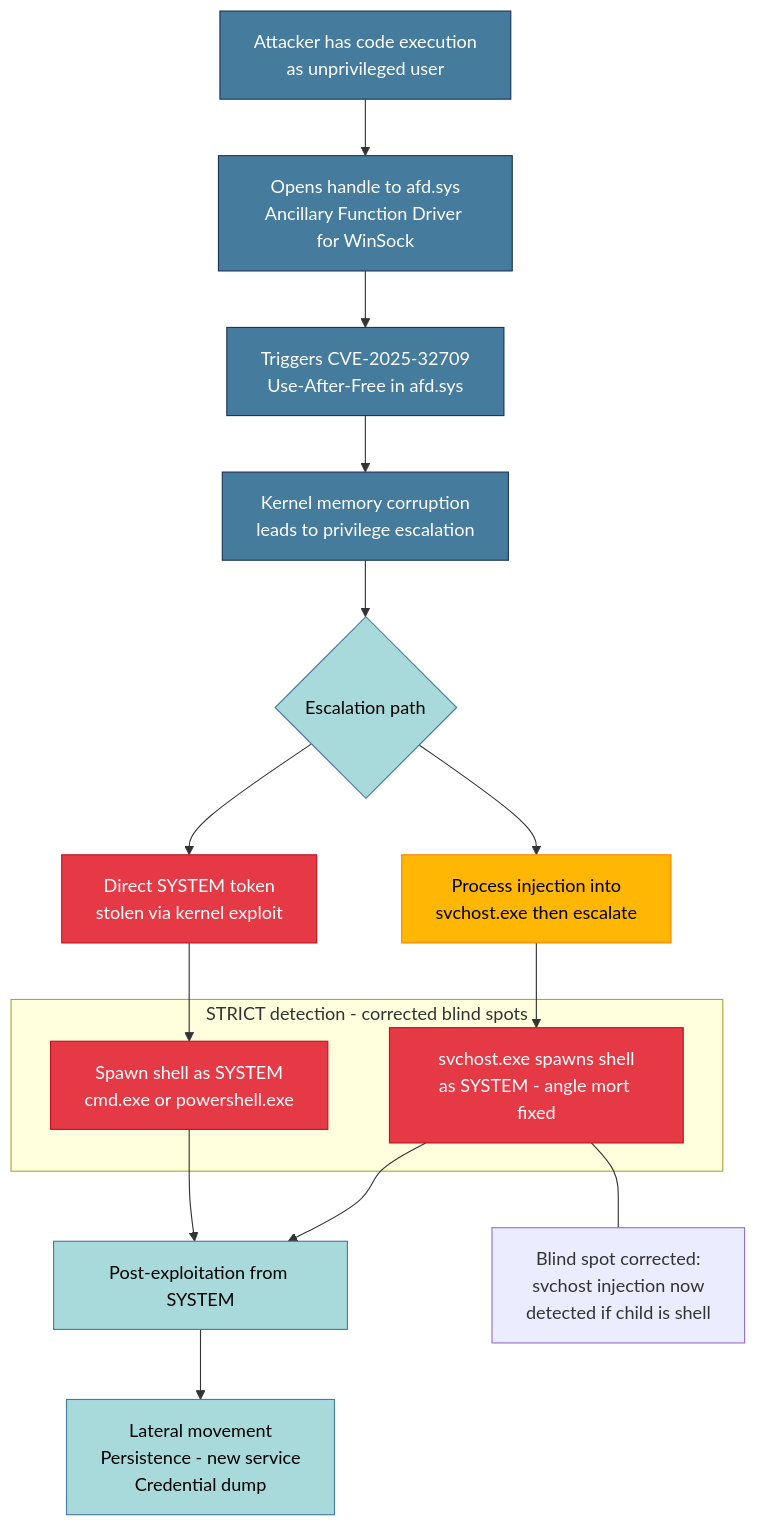
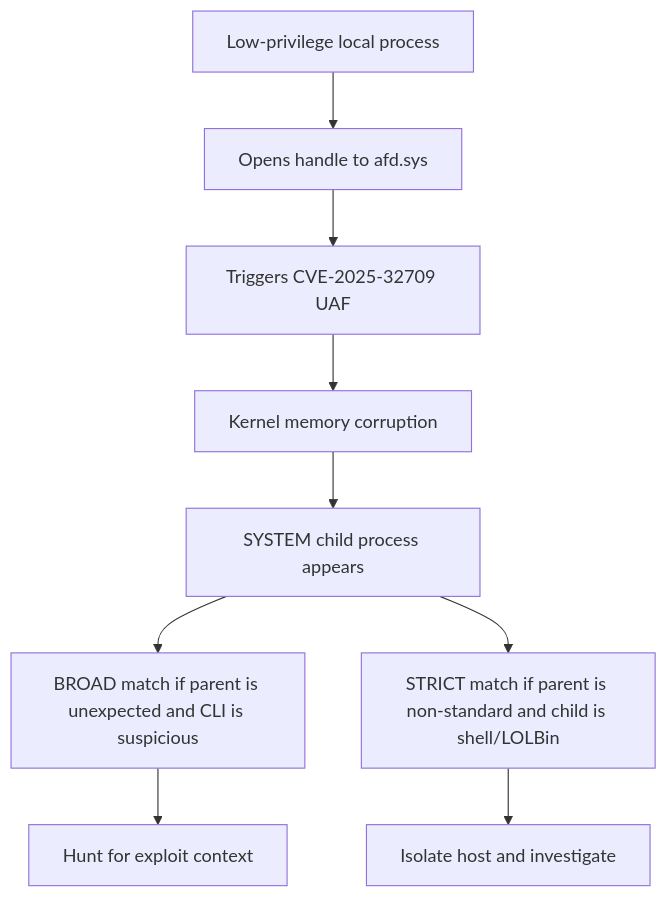
Before and after one commit to Hatchepsoute/sigma-rules: the diagram in CVE-2025-32709_WinSock_AFD_LPE/diagrams/DIAGRAM_CVE-2025-32709_EN.mmd, drawn with Mermaid. The commit also changed 135 other files, not shown here.

```diff
--- a/CVE-2025-32709_WinSock_AFD_LPE/diagrams/DIAGRAM_CVE-2025-32709_EN.mmd
+++ b/CVE-2025-32709_WinSock_AFD_LPE/diagrams/DIAGRAM_CVE-2025-32709_EN.mmd
@@ -1,37 +1,9 @@
 flowchart TD
-    A[Attacker has code execution\nas unprivileged user] --> B[Opens handle to afd.sys\nAncillary Function Driver for WinSock]
-    B --> C[Triggers CVE-2025-32709\nUse-After-Free in afd.sys]
-    C --> D[Kernel memory corruption\nleads to privilege escalation]
-    D --> E{Escalation path}
-
-    E --> F[Direct SYSTEM token\nstolen via kernel exploit]
-    E --> G[Process injection into\nsvchost.exe then escalate]
-
-    F --> H[Spawn shell as SYSTEM\ncmd.exe or powershell.exe]
-    G --> I[svchost.exe spawns shell\nas SYSTEM - angle mort fixed]
-
-    H --> J[Post-exploitation from SYSTEM]
-    I --> J
-
-    J --> K[Lateral movement\nPersistence - new service\nCredential dump]
-
-    classDef detection fill:#f4a261,stroke:#e76f51,color:#000
-    classDef strict fill:#e63946,stroke:#c1121f,color:#fff
-    classDef attacker fill:#457b9d,stroke:#1d3557,color:#fff
-    classDef action fill:#a8dadc,stroke:#457b9d,color:#000
-    classDef blindspot fill:#ffb703,stroke:#fb8500,color:#000
-
-    class A,B,C,D attacker
-    class E,J action
-    class F,H strict
-    class G blindspot
-    class I strict
-    class K action
-
-    subgraph DETECTION_STRICT["STRICT detection - corrected blind spots"]
-        H
-        I
-    end
-
-    note1["Blind spot corrected:\nsvchost injection now\ndetected if child is shell"]
-    I --- note1
+    A[Low-privilege local process] --> B[Opens handle to afd.sys]
+    B --> C[Triggers CVE-2025-32709 UAF]
+    C --> D[Kernel memory corruption]
+    D --> E[SYSTEM child process appears]
+    E --> F[BROAD match if parent is unexpected and CLI is suspicious]
+    E --> G[STRICT match if parent is non-standard and child is shell/LOLBin]
+    F --> H[Hunt for exploit context]
+    G --> I[Isolate host and investigate]
```
